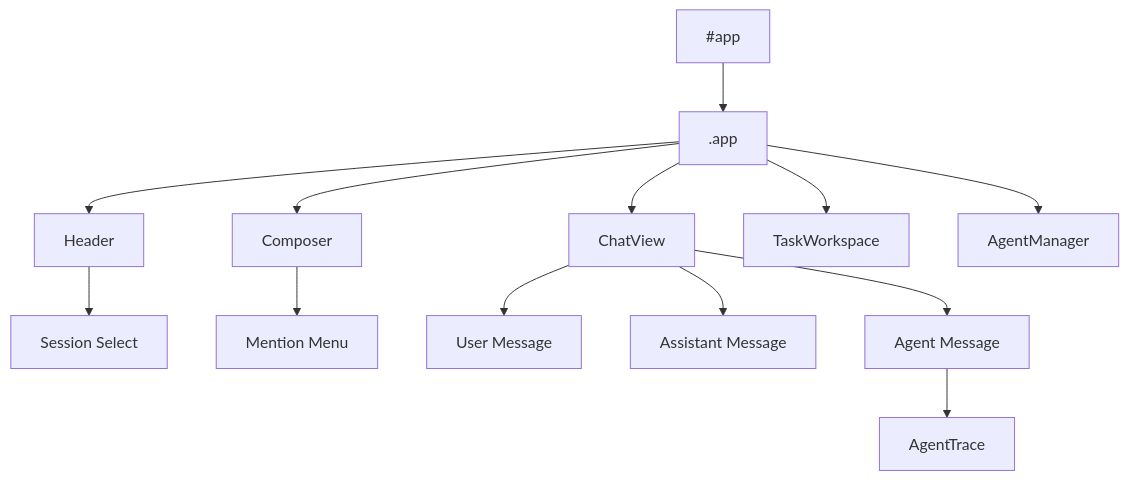
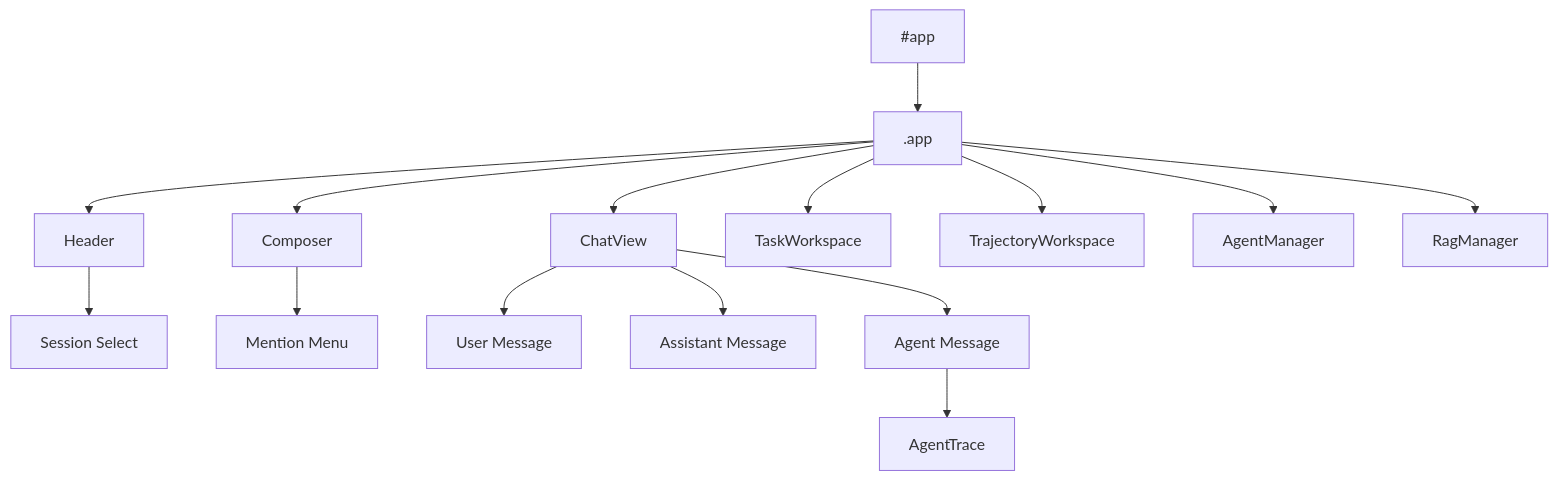
Diagram 16 of 17 in ARCHITECTURE.md (lijiajia96/llm-local), drawn with Mermaid before and after one commit. The commit also changed other lines of this file and 28 other files, not shown here.

````diff
--- a/ARCHITECTURE.md
+++ b/ARCHITECTURE.md
@@ -700,29 +855,33 @@
 ```mermaid
 flowchart TB
     App[#app]
     Root[.app]
     Header[Header]
     SessionSelect[Session Select]
     Chat[ChatView]
     Composer[Composer]
     MentionMenu[Mention Menu]
     TaskWorkspace[TaskWorkspace]
+    TrajectoryWorkspace[TrajectoryWorkspace]
     Manager[AgentManager]
+    RagManager[RagManager]
     UserMsg[User Message]
     AssistantMsg[Assistant Message]
     AgentMsg[Agent Message]
     Trace[AgentTrace]
 
     App --> Root
     Root --> Header
     Header --> SessionSelect
     Root --> Chat
     Root --> Composer
     Composer --> MentionMenu
     Root --> TaskWorkspace
+    Root --> TrajectoryWorkspace
     Root --> Manager
+    Root --> RagManager
     Chat --> UserMsg
     Chat --> AssistantMsg
     Chat --> AgentMsg
     AgentMsg --> Trace
 ```
````
